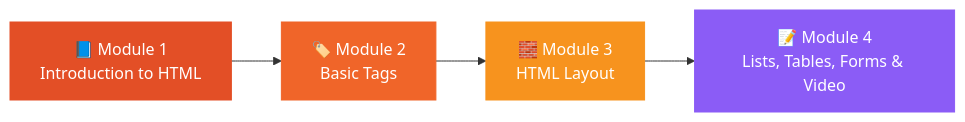
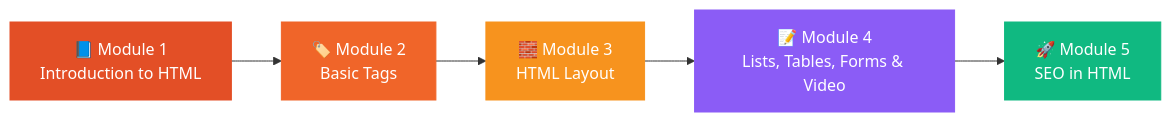
The diagram in README.md (vinayakmishra4/HTML-FOR-BEGINEERS), drawn with Mermaid before and after one commit. The commit also changed other lines of this file, not shown here.

````diff
--- a/README.md
+++ b/README.md
@@ -41,8 +41,9 @@
 ```mermaid
 flowchart LR
-    A["📘 Module 1<br/>Introduction to HTML"] --> B["🏷️ Module 2<br/>Basic Tags"] --> C["🧱 Module 3<br/>HTML Layout"] --> D["📝 Module 4<br/>Lists, Tables, Forms & Video"]
+    A["📘 Module 1<br/>Introduction to HTML"] --> B["🏷️ Module 2<br/>Basic Tags"] --> C["🧱 Module 3<br/>HTML Layout"] --> D["📝 Module 4<br/>Lists, Tables, Forms & Video"] --> E["🚀 Module 5<br/>SEO in HTML"]
     style A fill:#E34F26,stroke:#E34F26,color:#ffffff
     style B fill:#F06529,stroke:#F06529,color:#ffffff
     style C fill:#F7931E,stroke:#F7931E,color:#ffffff
     style D fill:#8B5CF6,stroke:#8B5CF6,color:#ffffff
+    style E fill:#10B981,stroke:#10B981,color:#ffffff
 ```
````
